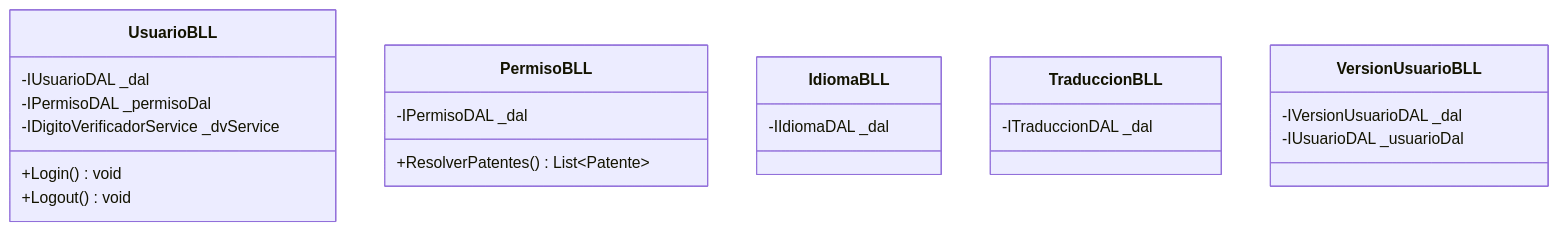
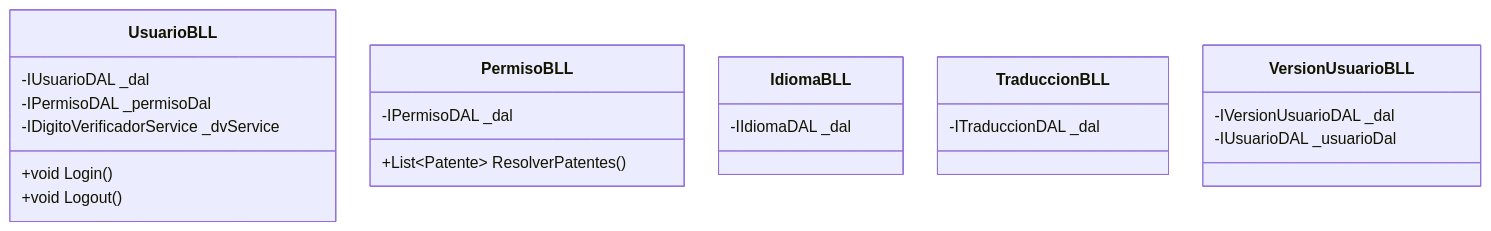
Before and after one commit to LautiSmyth/Stach: diagram 20 of 25 in Documentacion/diagrams_code.md, drawn with Mermaid. The commit also changed other lines of this file, not shown here.

Commit message:
Doc: Format all Mermaid diagrams to match student ELK configuration layout and standard C# member type/name declarations

````diff
--- a/Documentacion/diagrams_code.md
+++ b/Documentacion/diagrams_code.md
@@ -515,24 +565,28 @@
 ```mermaid
+---
+config:
+  layout: elk
+---
 classDiagram
     class UsuarioBLL {
         -IUsuarioDAL _dal
         -IPermisoDAL _permisoDal
         -IDigitoVerificadorService _dvService
-        +Login() void
-        +Logout() void
+        +void Login()
+        +void Logout()
     }
     class PermisoBLL {
         -IPermisoDAL _dal
-        +ResolverPatentes() List~Patente~
+        +List~Patente~ ResolverPatentes()
     }
     class IdiomaBLL {
         -IIdiomaDAL _dal
     }
     class TraduccionBLL {
         -ITraduccionDAL _dal
     }
     class VersionUsuarioBLL {
         -IVersionUsuarioDAL _dal
         -IUsuarioDAL _usuarioDal
     }
 ```
````
